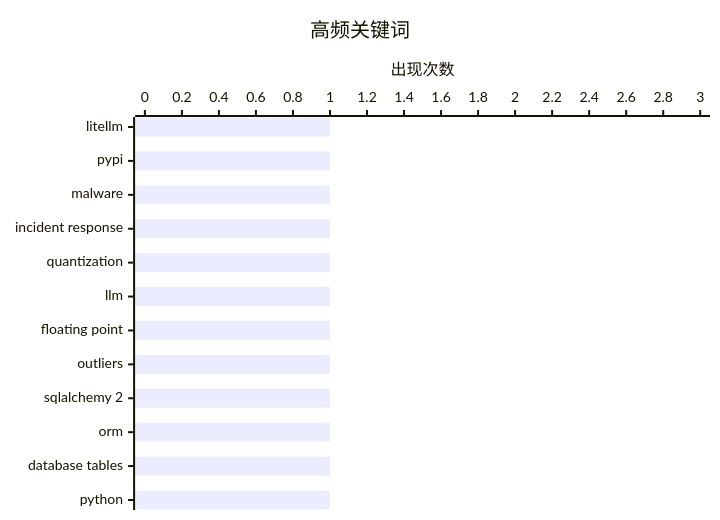
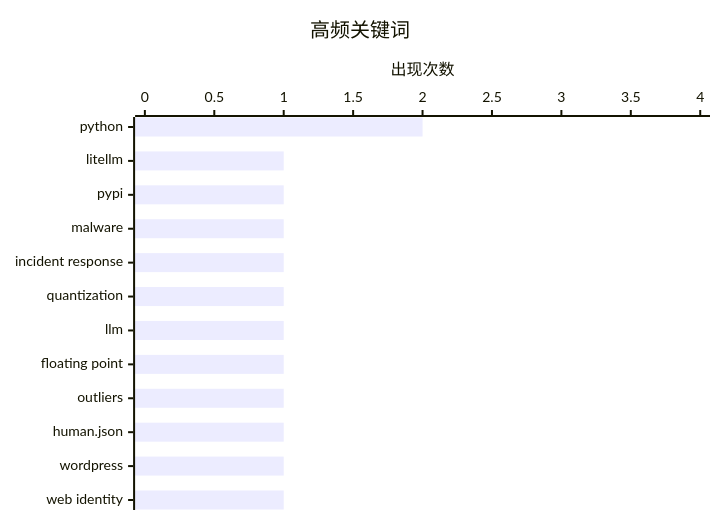
Before and after one commit to originem0/SZBlog: the second of 2 diagrams in content/ai-daily/2026-03-27.md, drawn with Mermaid. The commit also changed other lines of this file, not shown here.

````diff
--- a/content/ai-daily/2026-03-27.md
+++ b/content/ai-daily/2026-03-27.md
@@ -67,7 +71,7 @@
 ```mermaid
 xychart-beta horizontal
     title "高频关键词"
-    x-axis ["litellm", "pypi", "malware", "incident response", "quantization", "llm", "floating point", "outliers", "sqlalchemy 2", "orm", "database tables", "python"]
-    y-axis "出现次数" 0 --> 3
-    bar [1, 1, 1, 1, 1, 1, 1, 1, 1, 1, 1, 1]
+    x-axis ["python", "litellm", "pypi", "malware", "incident response", "quantization", "llm", "floating point", "outliers", "human.json", "wordpress", "web identity"]
+    y-axis "出现次数" 0 --> 4
+    bar [2, 1, 1, 1, 1, 1, 1, 1, 1, 1, 1, 1]
 ```
````
